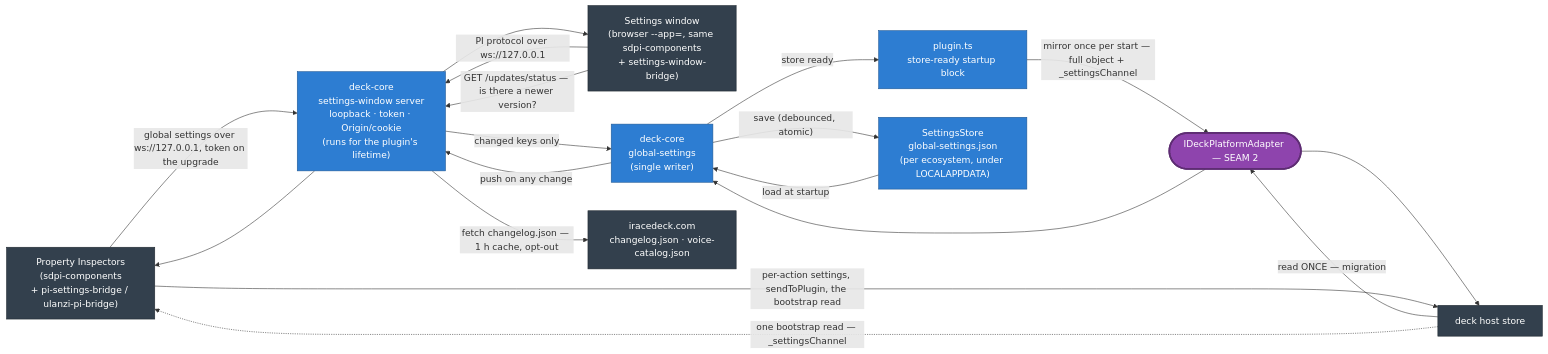
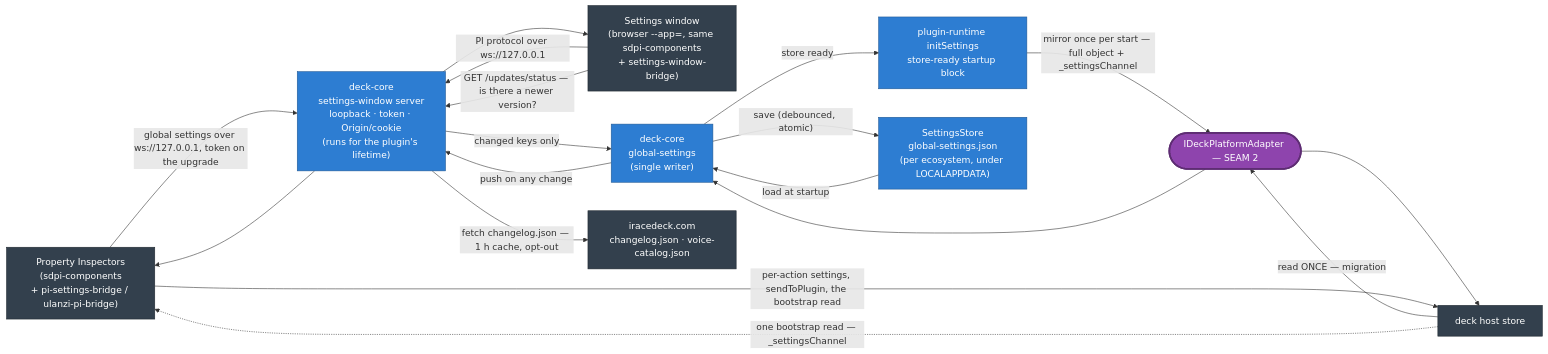
The fourth of 8 diagrams in packages/website/src/content/docs/docs/development/architecture.md (niklam/iracedeck), drawn with Mermaid before and after one commit. The commit also changed other lines of this file and 112 other files, not shown here.

First line of the commit message:
refactor(plugin-runtime): one shared composition root for the three plugins (#1349) (#1357)

````diff
--- a/packages/website/src/content/docs/docs/development/architecture.md
+++ b/packages/website/src/content/docs/docs/development/architecture.md
@@ -153,34 +153,34 @@
 ```mermaid
 flowchart LR
   pi["Property Inspectors<br/>(sdpi-components<br/>+ pi-settings-bridge / ulanzi-pi-bridge)"]:::ext
   win["Settings window<br/>(browser --app=, same sdpi-components<br/>+ settings-window-bridge)"]:::ext
   srv["deck-core<br/>settings-window server<br/>loopback · token · Origin/cookie<br/>(runs for the plugin's lifetime)"]:::core
   gs["deck-core<br/>global-settings<br/>(single writer)"]:::core
-  boot["plugin.ts<br/>store-ready startup block"]:::core
+  boot["plugin-runtime initSettings<br/>store-ready startup block"]:::core
   store["SettingsStore<br/>global-settings.json<br/>(per ecosystem, under LOCALAPPDATA)"]:::core
   core(["IDeckPlatformAdapter — SEAM 2"]):::seam
   host["deck host store"]:::ext
   site["iracedeck.com<br/>changelog.json · voice-catalog.json"]:::ext
 
   win -->|"PI protocol over ws://127.0.0.1"| srv
   pi -->|"global settings over ws://127.0.0.1, token on the upgrade"| srv
   srv -->|"changed keys only"| gs
   gs -->|"save (debounced, atomic)"| store
   store -->|"load at startup"| gs
   gs -->|"push on any change"| srv
   srv --> win
   srv --> pi
   win -->|"GET /updates/status — is there a newer version?"| srv
   srv -->|"fetch changelog.json — 1 h cache, opt-out"| site
   host -->|"read ONCE — migration"| core
   core --> gs
   gs -->|"store ready"| boot
   boot -->|"mirror once per start — full object + _settingsChannel"| core
   core --> host
   host -.->|"one bootstrap read — _settingsChannel"| pi
   pi -->|"per-action settings, sendToPlugin, the bootstrap read"| host
 
   classDef ext fill:#33404d,color:#fff,stroke:#1d262e;
   classDef seam fill:#8e44ad,color:#fff,stroke:#5e2d73,stroke-width:3px;
   classDef core fill:#2d7dd2,color:#fff,stroke:#1f5793;
 ```
````
